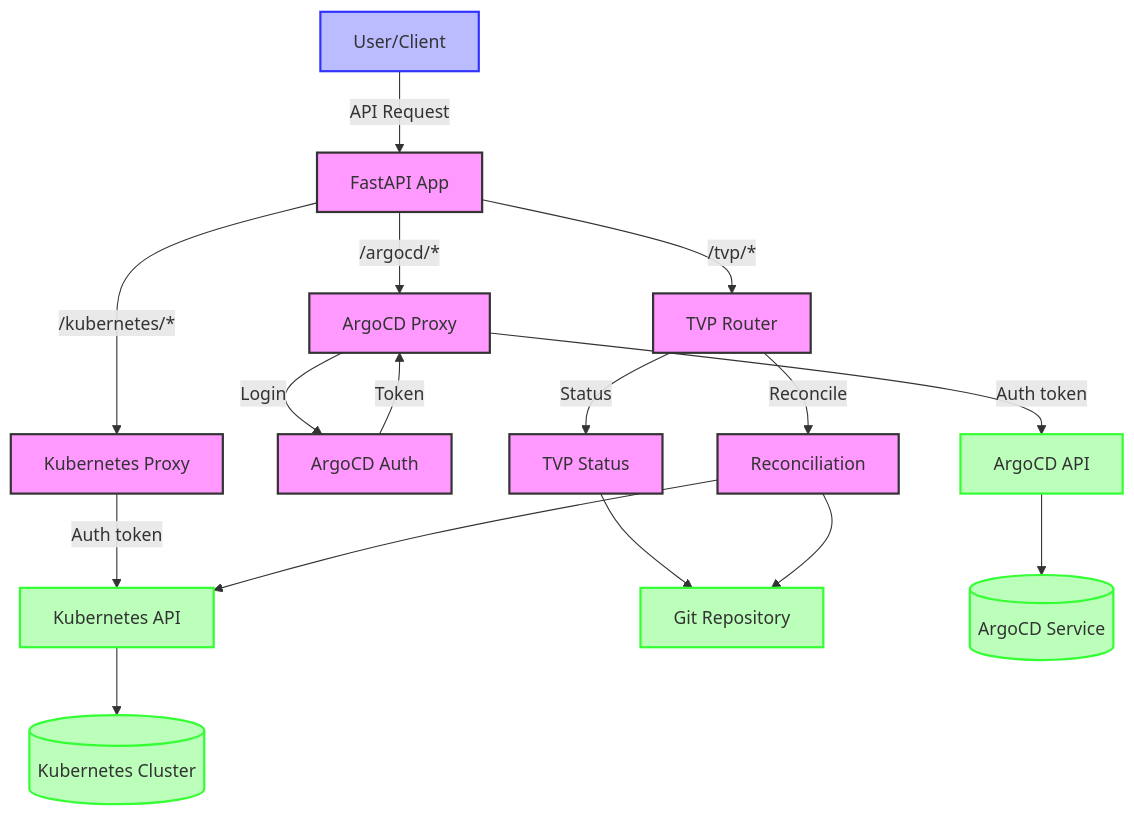
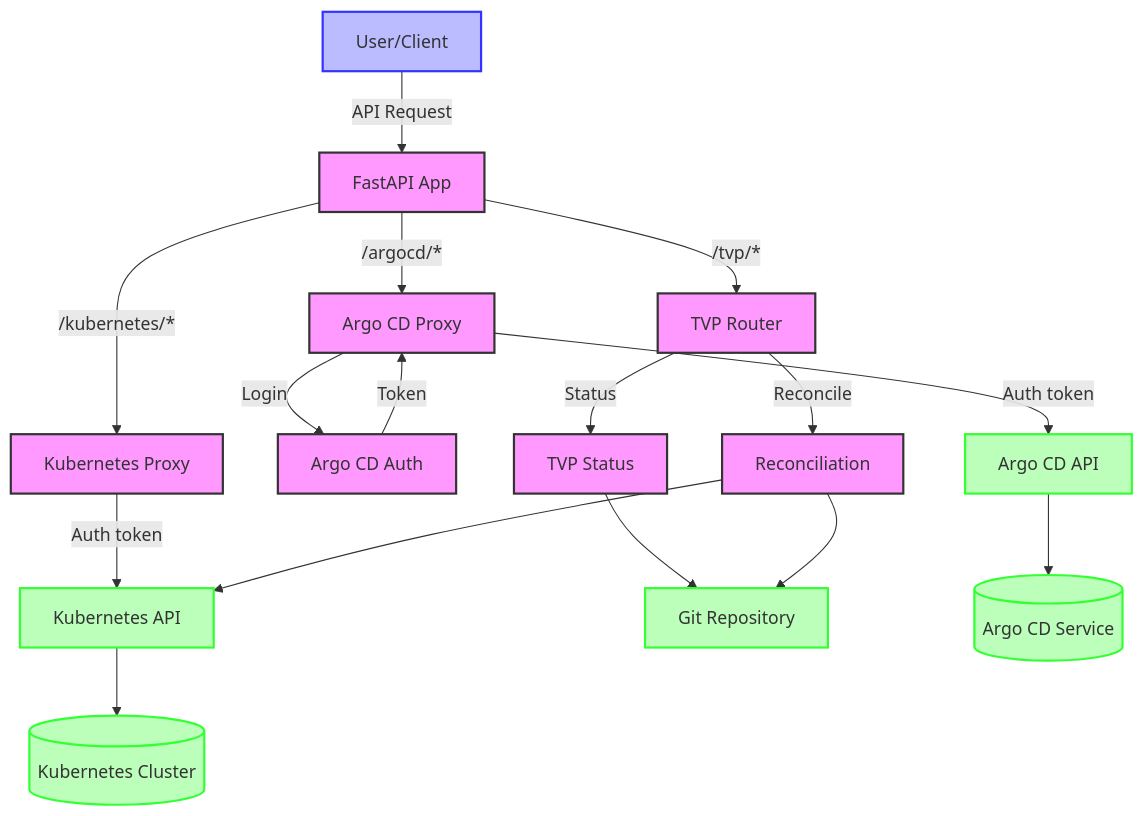
Before and after one commit to lloydchang/tvp-k8s: the diagram in fastapi/mermaid/data-flow-diagram.mermaid, drawn with Mermaid. The commit also changed 5 other files, not shown here.

```diff
--- a/fastapi/mermaid/data-flow-diagram.mermaid
+++ b/fastapi/mermaid/data-flow-diagram.mermaid
@@ -1,29 +1,29 @@
 flowchart TD
     User[User/Client] -->|API Request| API[FastAPI App]
     
     API -->|/kubernetes/*| KP[Kubernetes Proxy]
-    API -->|/argocd/*| AP[ArgoCD Proxy]
+    API -->|/argocd/*| AP[Argo CD Proxy]
     API -->|/tvp/*| TVP[TVP Router]
     
     KP -->|Auth token| KA[Kubernetes API]
-    AP -->|Login| Auth[ArgoCD Auth]
+    AP -->|Login| Auth[Argo CD Auth]
     Auth -->|Token| AP
-    AP -->|Auth token| AA[ArgoCD API]
+    AP -->|Auth token| AA[Argo CD API]
     
     TVP -->|Status| TS[TVP Status]
     TVP -->|Reconcile| R[Reconciliation]
     
     TS --> Git[Git Repository]
     R --> Git
     R --> KA
     
     KA --> K8s[(Kubernetes Cluster)]
-    AA --> ArgoCD[(ArgoCD Service)]
+    AA --> ArgoCD[(Argo CD Service)]
     
     classDef user fill:#bbf,stroke:#33f,stroke-width:2px
     classDef app fill:#f9f,stroke:#333,stroke-width:2px
     classDef external fill:#bfb,stroke:#3f3,stroke-width:2px
     
     class User user
     class API,KP,AP,TVP,TS,R,Auth app
     class K8s,ArgoCD,Git,KA,AA external
```
